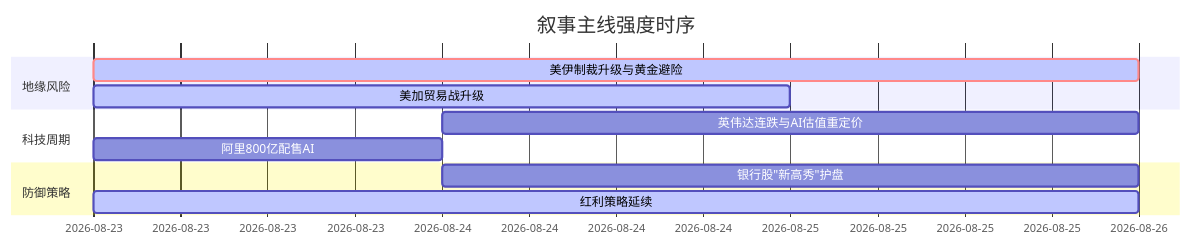
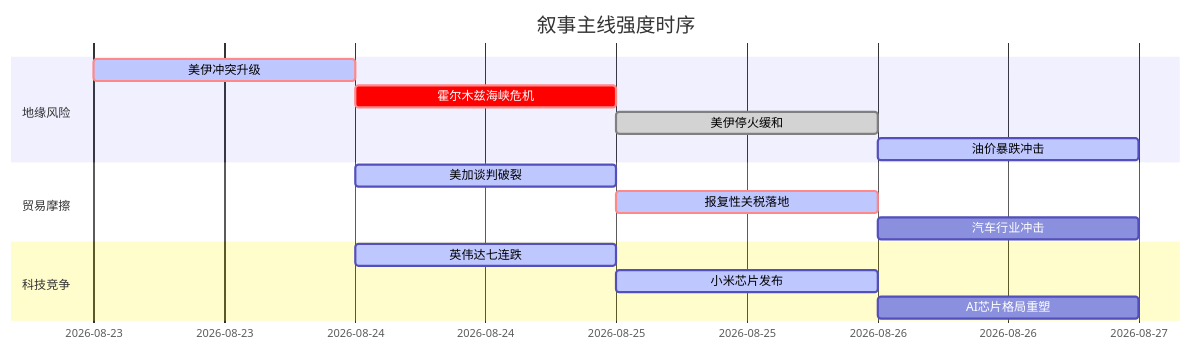
One commit to uu5zn/uu5zn.github.io changed the diagram in 5day_report.md. Above: the diagram before and after it, drawn with Mermaid. The commit also changed other lines of this file and 25 other files, not shown here.

````diff
--- a/5day_report.md
+++ b/5day_report.md
@@ -58,16 +58,20 @@
 ```mermaid
 gantt
     title 叙事主线强度时序
     dateFormat YYYY-MM-DD
     section 地缘风险
-    美伊制裁升级与黄金避险   :crit, active, 2026-08-23, 3d
-    美加贸易战升级   :active, 2026-08-23, 2d
+    美伊冲突升级     :crit, active, 2026-08-23, 1d
+    霍尔木兹海峡危机 :crit, 2026-08-24, 1d
+    美伊停火缓和     :done, 2026-08-25, 1d
+    油价暴跌冲击     :active, 2026-08-26, 1d
     
-    section 科技周期
-    英伟达连跌与AI估值重定价   :2026-08-24, 2d
-    阿里800亿配售AI   :2026-08-23, 1d
+    section 贸易摩擦
+    美加谈判破裂     :active, 2026-08-24, 1d
+    报复性关税落地   :crit, active, 2026-08-25, 1d
+    汽车行业冲击     :2026-08-26, 1d
     
-    section 防御策略
-    银行股"新高秀"护盘   :2026-08-24, 2d
-    红利策略延续   :active, 2026-08-23, 3d
+    section 科技竞争
+    英伟达七连跌     :active, 2026-08-24, 1d
+    小米芯片发布     :active, 2026-08-25, 1d
+    AI芯片格局重塑   :2026-08-26, 1d
 ```
````
